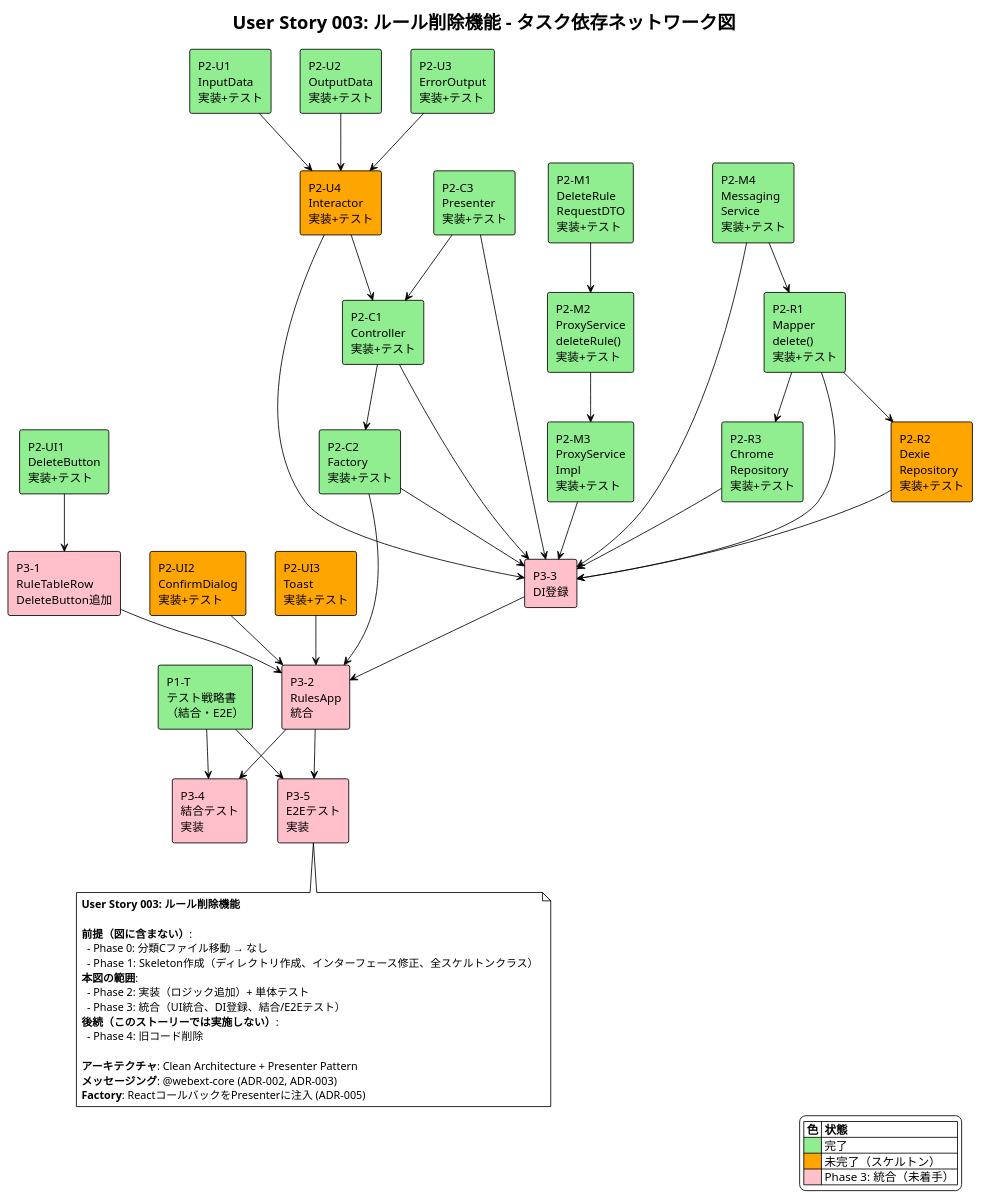
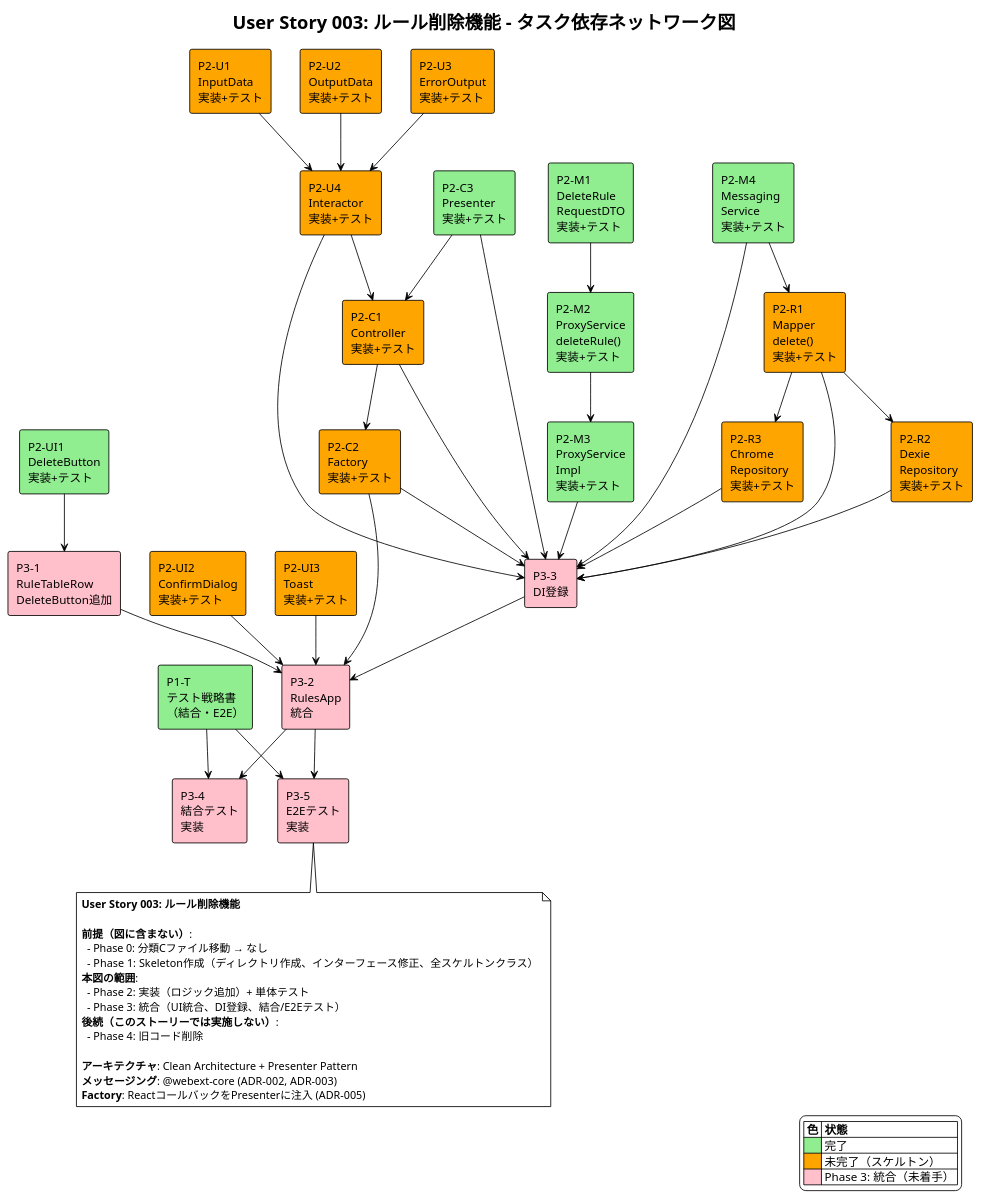
One commit to akAredminEogre/frog-frame-front changed the diagram in docs/user-stories/user-story-003/network-diagram.puml. Above: the diagram before and after it, drawn with PlantUML. The commit also changed 1 other file, not shown here.

```diff
--- a/docs/user-stories/user-story-003/network-diagram.puml
+++ b/docs/user-stories/user-story-003/network-diagram.puml
@@ -1,103 +1,103 @@
 @startuml user-story-003-network-diagram
 !theme plain
 title User Story 003: ルール削除機能 - タスク依存ネットワーク図
 
 ' Phase 1: テスト戦略書
 rectangle "P1-T\nテスト戦略書\n（結合・E2E）" as testStrategy #lightgreen
 
 ' Phase 2: 実装 - メッセージング
 rectangle "P2-M1\nDeleteRule\nRequestDTO\n実装+テスト" as requestDtoImpl #lightgreen
 rectangle "P2-M2\nProxyService\ndeleteRule()\n実装+テスト" as proxyImpl #lightgreen
 rectangle "P2-M3\nProxyService\nImpl\n実装+テスト" as proxyImplImpl #lightgreen
 rectangle "P2-M4\nMessaging\nService\n実装+テスト" as msgImpl #lightgreen
 
 ' Phase 2: 実装 - Mapper/Repository
-rectangle "P2-R1\nMapper\ndelete()\n実装+テスト" as mapperImpl #lightgreen
+rectangle "P2-R1\nMapper\ndelete()\n実装+テスト" as mapperImpl #orange
 rectangle "P2-R2\nDexie\nRepository\n実装+テスト" as dexieImpl #orange
-rectangle "P2-R3\nChrome\nRepository\n実装+テスト" as chromeImpl #lightgreen
+rectangle "P2-R3\nChrome\nRepository\n実装+テスト" as chromeImpl #orange
 
 ' Phase 2: 実装 - UseCase
-rectangle "P2-U1\nInputData\n実装+テスト" as inputImpl #lightgreen
-rectangle "P2-U2\nOutputData\n実装+テスト" as outputImpl #lightgreen
-rectangle "P2-U3\nErrorOutput\n実装+テスト" as errorImpl #lightgreen
+rectangle "P2-U1\nInputData\n実装+テスト" as inputImpl #orange
+rectangle "P2-U2\nOutputData\n実装+テスト" as outputImpl #orange
+rectangle "P2-U3\nErrorOutput\n実装+テスト" as errorImpl #orange
 rectangle "P2-U4\nInteractor\n実装+テスト" as interactorImpl #orange
 
 ' Phase 2: 実装 - Controller/Presenter
-rectangle "P2-C1\nController\n実装+テスト" as controllerImpl #lightgreen
-rectangle "P2-C2\nFactory\n実装+テスト" as factoryImpl #lightgreen
+rectangle "P2-C1\nController\n実装+テスト" as controllerImpl #orange
+rectangle "P2-C2\nFactory\n実装+テスト" as factoryImpl #orange
 rectangle "P2-C3\nPresenter\n実装+テスト" as presenterImpl #lightgreen
 
 ' Phase 2: 実装 - UI
 rectangle "P2-UI1\nDeleteButton\n実装+テスト" as deleteBtnImpl #lightgreen
 rectangle "P2-UI2\nConfirmDialog\n実装+テスト" as confirmImpl #orange
 rectangle "P2-UI3\nToast\n実装+テスト" as toastImpl #orange
 
 ' Phase 3: 統合
 rectangle "P3-1\nRuleTableRow\nDeleteButton追加" as tableRowInteg #pink
 rectangle "P3-2\nRulesApp\n統合" as rulesAppInteg #pink
 rectangle "P3-3\nDI登録" as diReg #pink
 rectangle "P3-4\n結合テスト\n実装" as integrationTest #pink
 rectangle "P3-5\nE2Eテスト\n実装" as e2eTest #pink
 
 ' 依存関係: Phase 2 内部
 requestDtoImpl --> proxyImpl
 proxyImpl --> proxyImplImpl
 msgImpl --> mapperImpl
 mapperImpl --> dexieImpl
 mapperImpl --> chromeImpl
 inputImpl --> interactorImpl
 outputImpl --> interactorImpl
 errorImpl --> interactorImpl
 interactorImpl --> controllerImpl
 presenterImpl --> controllerImpl
 controllerImpl --> factoryImpl
 
 ' 依存関係: Phase 2 → Phase 3
 deleteBtnImpl --> tableRowInteg
 tableRowInteg --> rulesAppInteg
 confirmImpl --> rulesAppInteg
 toastImpl --> rulesAppInteg
 factoryImpl --> rulesAppInteg
 controllerImpl --> diReg
 presenterImpl --> diReg
 factoryImpl --> diReg
 interactorImpl --> diReg
 proxyImplImpl --> diReg
 msgImpl --> diReg
 mapperImpl --> diReg
 dexieImpl --> diReg
 chromeImpl --> diReg
 diReg --> rulesAppInteg
 
 ' 依存関係: テスト
 testStrategy --> integrationTest
 testStrategy --> e2eTest
 rulesAppInteg --> integrationTest
 rulesAppInteg --> e2eTest
 
 ' 凡例
 legend right
   |= 色 |= 状態 |
   | <#lightgreen> | 完了 |
   | <#orange> | 未完了（スケルトン） |
   | <#pink> | Phase 3: 統合（未着手） |
 endlegend
 
 note bottom
 **User Story 003: ルール削除機能**
 
 **前提（図に含まない）**:
   - Phase 0: 分類Cファイル移動 → なし
   - Phase 1: Skeleton作成（ディレクトリ作成、インターフェース修正、全スケルトンクラス）
 **本図の範囲**:
   - Phase 2: 実装（ロジック追加）+ 単体テスト
   - Phase 3: 統合（UI統合、DI登録、結合/E2Eテスト）
 **後続（このストーリーでは実施しない）**:
   - Phase 4: 旧コード削除
 
 **アーキテクチャ**: Clean Architecture + Presenter Pattern
 **メッセージング**: @webext-core (ADR-002, ADR-003)
 **Factory**: ReactコールバックをPresenterに注入 (ADR-005)
 end note
 
 @enduml
```
